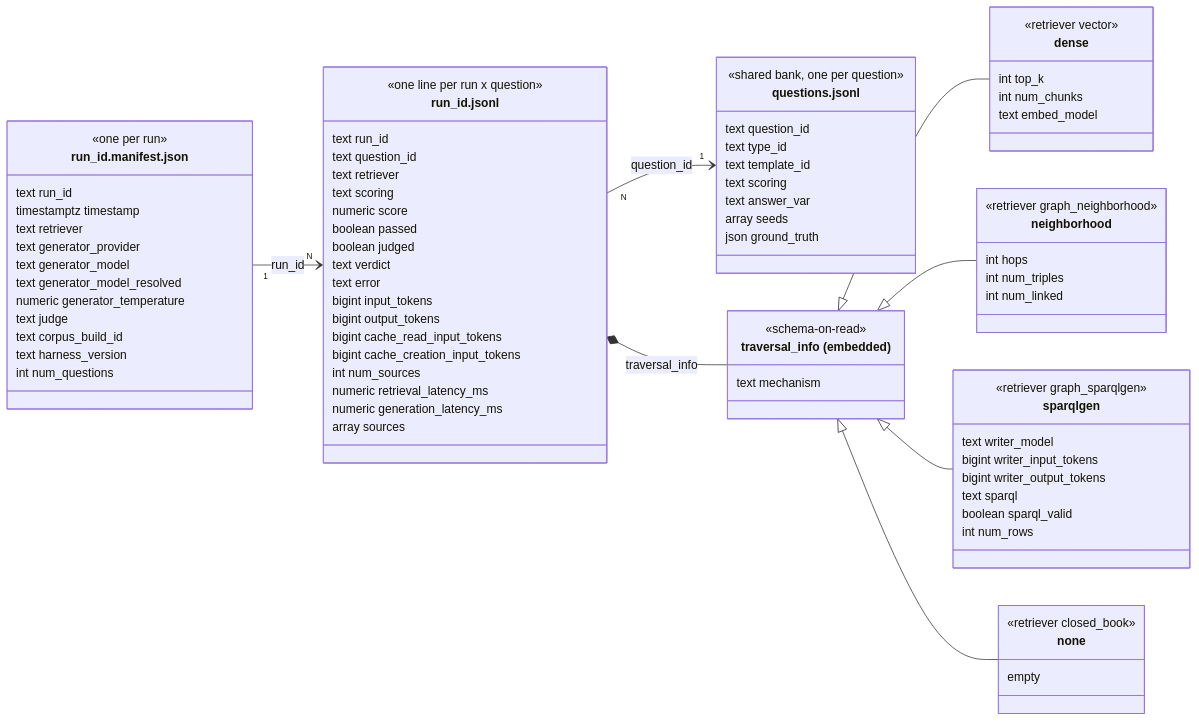
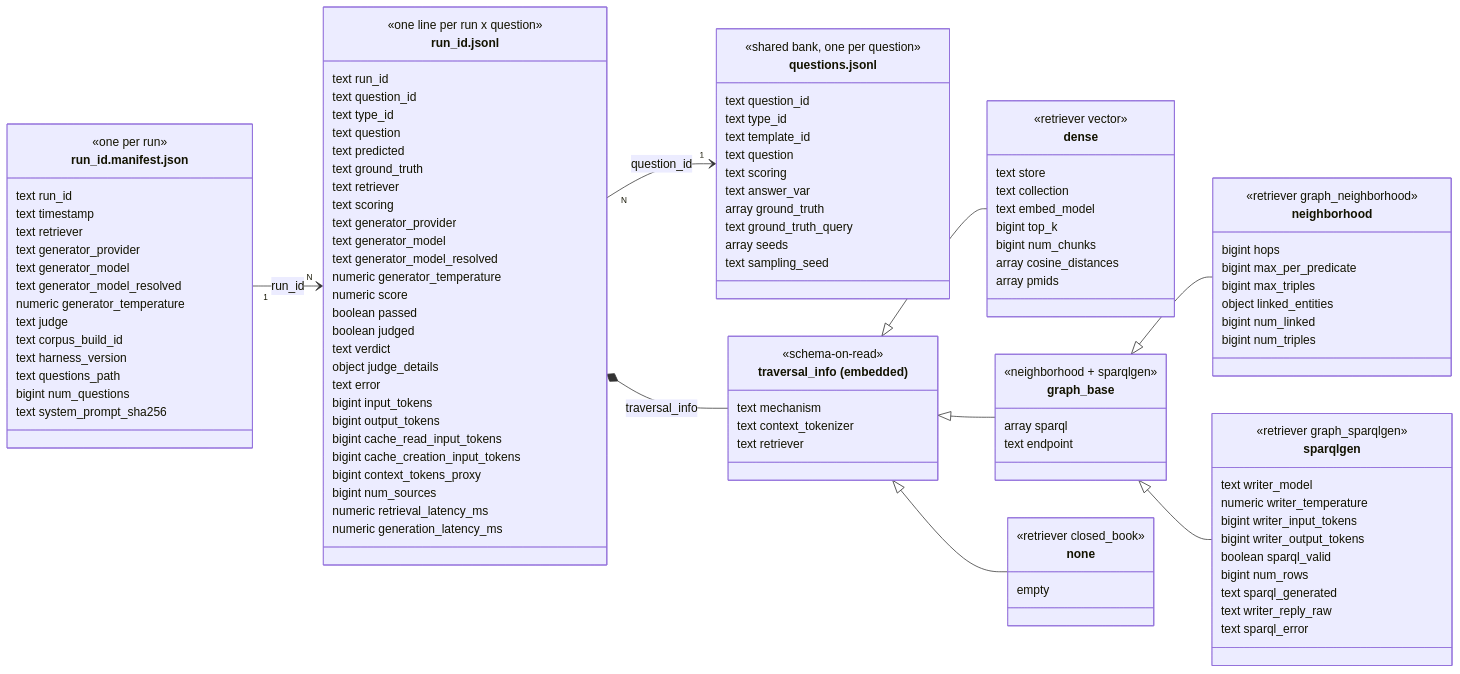
One commit to joseph-higaki/rag-bench-analytics changed the second of 4 diagrams in README.md. Above: the diagram before and after it, drawn with Mermaid. The commit also changed other lines of this file, not shown here.

First line of the commit message:
Complete the README data-model diagrams

````diff
--- a/README.md
+++ b/README.md
@@ -136,7 +167,7 @@
     class RunManifest["run_id.manifest.json"] {
         <<one per run>>
         text run_id
-        timestamptz timestamp
+        text timestamp
         text retriever
         text generator_provider
         text generator_model
@@ -145,28 +176,39 @@
         text judge
         text corpus_build_id
         text harness_version
-        int num_questions
+        text questions_path
+        bigint num_questions
+        text system_prompt_sha256
     }
 
     class ScoredAnswer["run_id.jsonl"] {
         <<one line per run x question>>
         text run_id
         text question_id
+        text type_id
+        text question
+        text predicted
+        text ground_truth
         text retriever
         text scoring
+        text generator_provider
+        text generator_model
+        text generator_model_resolved
+        numeric generator_temperature
         numeric score
         boolean passed
         boolean judged
         text verdict
+        object judge_details
         text error
         bigint input_tokens
         bigint output_tokens
         bigint cache_read_input_tokens
         bigint cache_creation_input_tokens
-        int num_sources
+        bigint context_tokens_proxy
+        bigint num_sources
         numeric retrieval_latency_ms
         numeric generation_latency_ms
-        array sources
     }
 
     class Question["questions.jsonl"] {
@@ -174,36 +216,56 @@
         text question_id
         text type_id
         text template_id
+        text question
         text scoring
         text answer_var
+        array ground_truth
+        text ground_truth_query
         array seeds
-        json ground_truth
+        text sampling_seed
     }
 
     class TraversalInfo["traversal_info (embedded)"] {
         <<schema-on-read>>
         text mechanism
+        text context_tokenizer
+        text retriever
     }
     class dense {
         <<retriever vector>>
-        int top_k
-        int num_chunks
+        text store
+        text collection
         text embed_model
+        bigint top_k
+        bigint num_chunks
+        array cosine_distances
+        array pmids
+    }
+    class graph_base {
+        <<neighborhood + sparqlgen>>
+        array sparql
+        text endpoint
     }
     class neighborhood {
         <<retriever graph_neighborhood>>
-        int hops
-        int num_triples
-        int num_linked
+        bigint hops
+        bigint max_per_predicate
+        bigint max_triples
+        object linked_entities
+        bigint num_linked
+        bigint num_triples
     }
     class sparqlgen {
         <<retriever graph_sparqlgen>>
         text writer_model
+        numeric writer_temperature
         bigint writer_input_tokens
         bigint writer_output_tokens
-        text sparql
         boolean sparql_valid
-        int num_rows
+        bigint num_rows
+        text sparql_generated
+        text writer_reply_raw
+        text sparql_error
     }
     class none {
         <<retriever closed_book>>
@@ -214,7 +276,8 @@
     ScoredAnswer "N" --> "1" Question : question_id
     ScoredAnswer *-- TraversalInfo : traversal_info
     TraversalInfo <|-- dense
-    TraversalInfo <|-- neighborhood
-    TraversalInfo <|-- sparqlgen
+    TraversalInfo <|-- graph_base
     TraversalInfo <|-- none
+    graph_base <|-- neighborhood
+    graph_base <|-- sparqlgen
 ```
````
